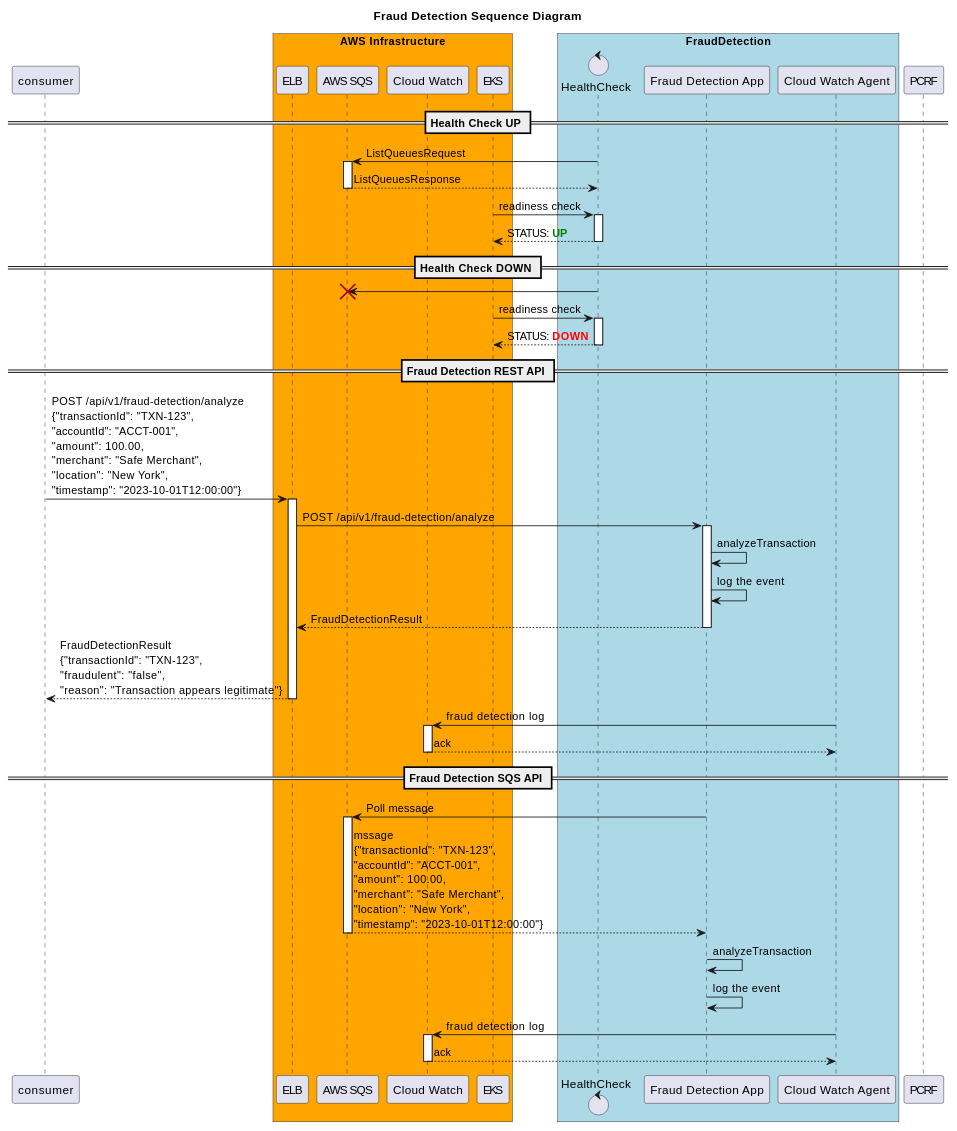
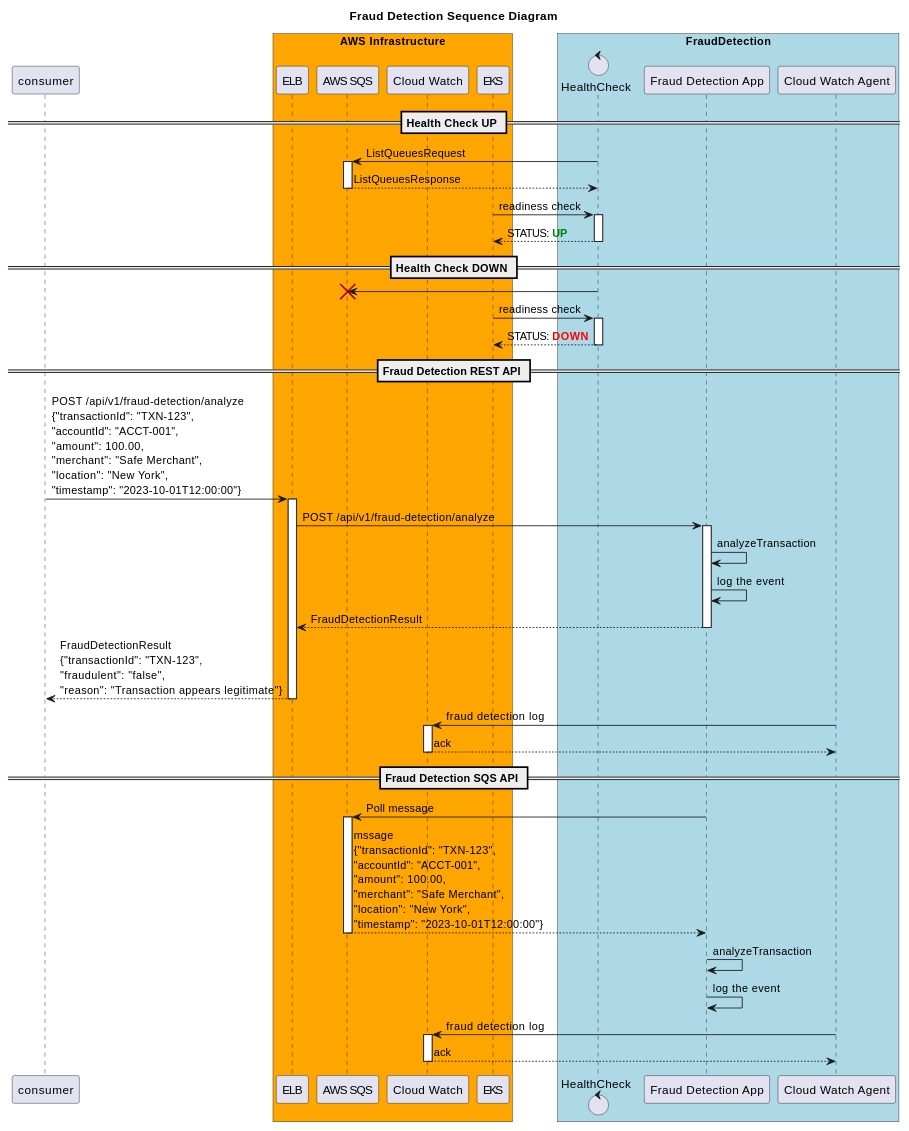
The second of 2 diagrams in docs/fraud-detection-plantuml.md (KasperDeng/fraud-detection), drawn with PlantUML before and after one commit. The commit also changed 1 other file, not shown here.

Commit message:
chore: polish a bit on README and architecture diagram.

````diff
--- a/docs/fraud-detection-plantuml.md
+++ b/docs/fraud-detection-plantuml.md
@@ -44,54 +44,51 @@
 ```plantuml
 @startuml
 
 title Fraud Detection Sequence Diagram
 
 participant consumer
 
 box "AWS Infrastructure" #Orange
   participant ELB
   participant "AWS SQS" as sqs
   participant "Cloud Watch" as cw
   participant EKS
 end box
 
 box "FraudDetection" #LightBlue
   control "HealthCheck" as hc
   participant "Fraud Detection App" as fd
   participant "Cloud Watch Agent" as cwa
 end box
-
-
-participant "PCRF" as pcrf
 
 == Health Check UP ==
 hc -> sqs++: ListQueuesRequest
 hc <-- sqs--: ListQueuesResponse
 EKS -> hc++: readiness check
 EKS <-- hc--: STATUS: <b><color:#green>UP</b>
 
 == Health Check DOWN ==
 hc -> sqs !!
 EKS -> hc++: readiness check
 EKS <-- hc--: STATUS: <b><color:#red>DOWN</b>
 
 == Fraud Detection REST API ==
 consumer -> ELB++: POST /api/v1/fraud-detection/analyze\n{"transactionId": "TXN-123",\n"accountId": "ACCT-001", \n"amount": 100.00,\n"merchant": "Safe Merchant",\n"location": "New York",\n"timestamp": "2023-10-01T12:00:00"} 
 ELB -> fd++: POST /api/v1/fraud-detection/analyze
 fd -> fd: analyzeTransaction
 fd -> fd: log the event
 ELB <-- fd--: FraudDetectionResult
 consumer <-- ELB--: FraudDetectionResult\n{"transactionId": "TXN-123",\n"fraudulent": "false",\n"reason": "Transaction appears legitimate"}
 cwa -> cw++: fraud detection log
 cwa <-- cw--: ack
 
 == Fraud Detection SQS API ==
 fd -> sqs++: Poll message
 fd <-- sqs--: mssage\n{"transactionId": "TXN-123",\n"accountId": "ACCT-001", \n"amount": 100.00,\n"merchant": "Safe Merchant",\n"location": "New York",\n"timestamp": "2023-10-01T12:00:00"}
 fd -> fd: analyzeTransaction
 fd -> fd: log the event
 cwa -> cw++: fraud detection log
 cwa <-- cw--: ack
 
 @enduml
 ```
````
